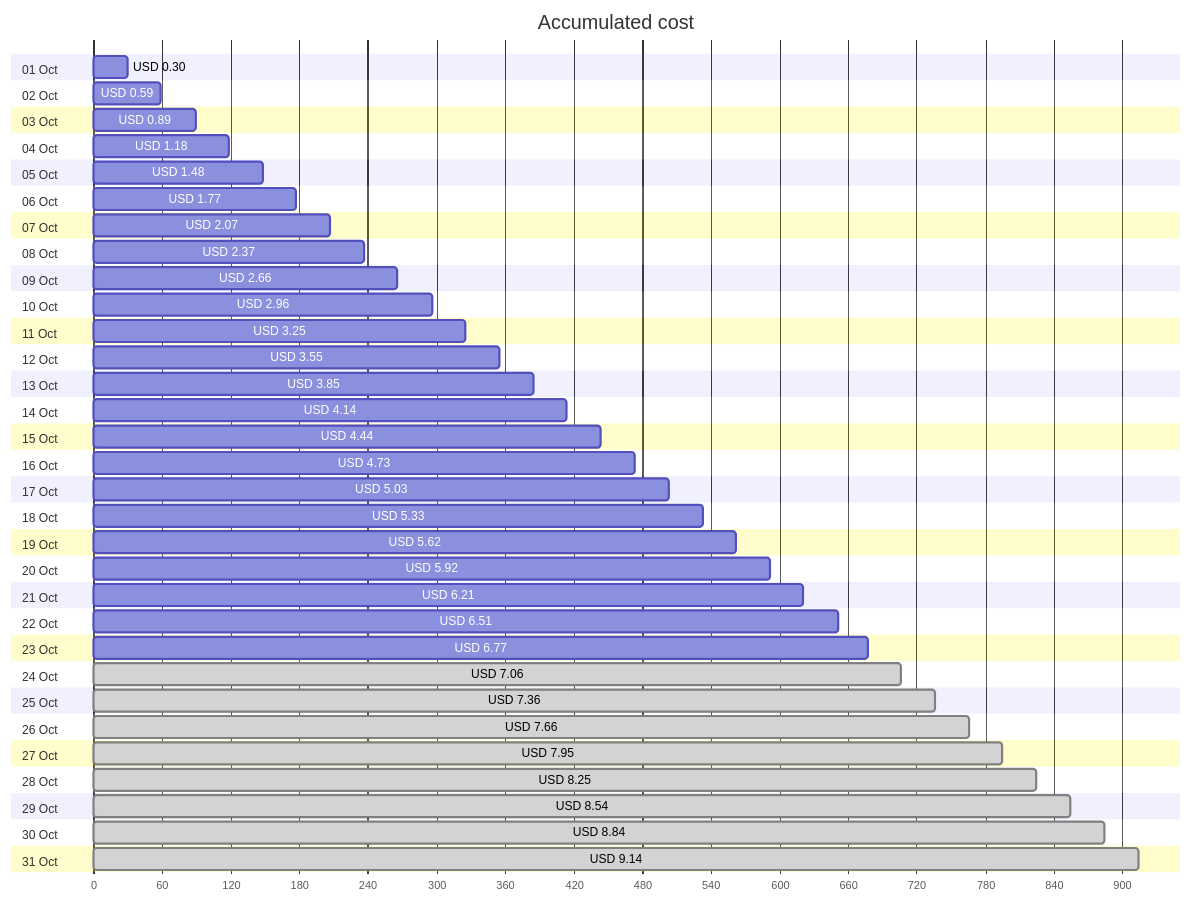
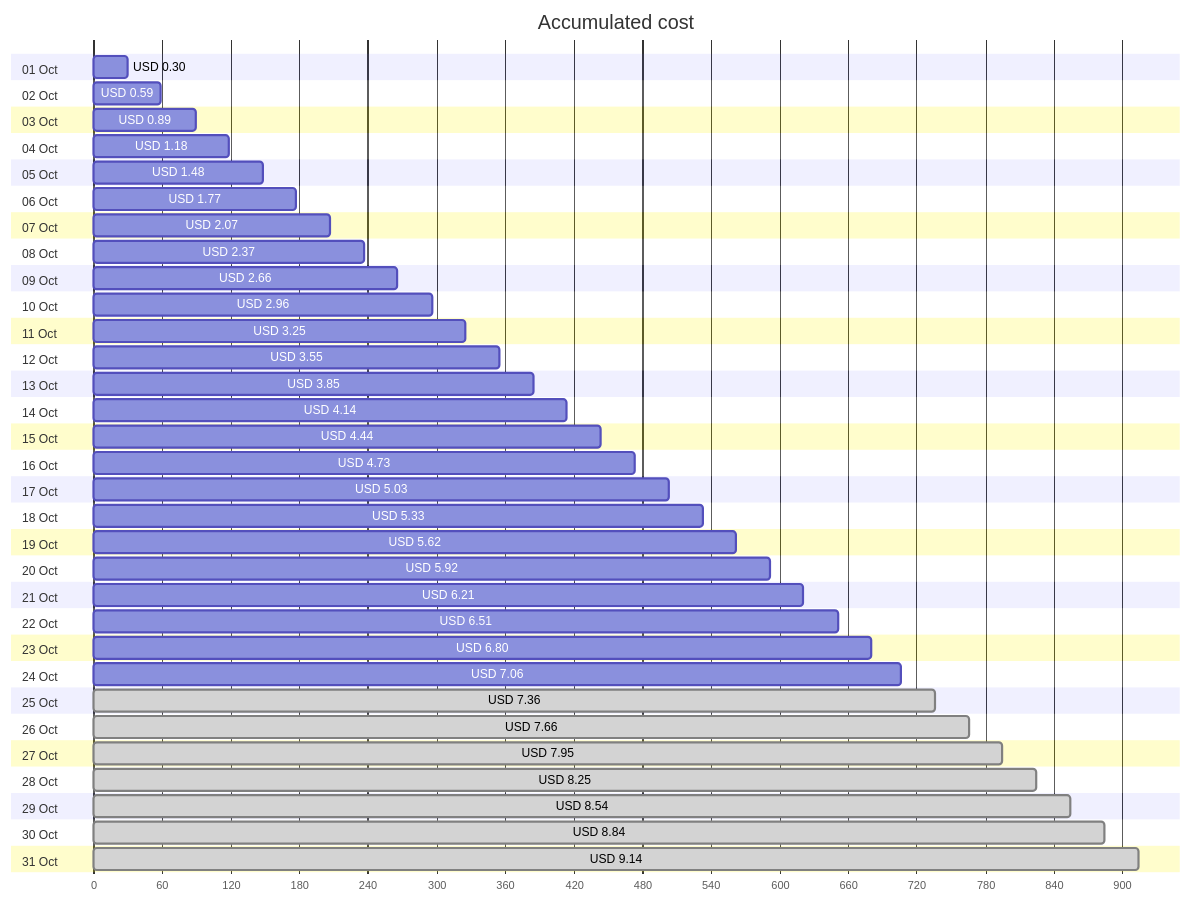
Before and after one commit to jpfulton/azure-personal-reports: the first of 4 diagrams in cost-reports/personal-site/personal-site-preview.md, drawn with Mermaid. The commit also changed other lines of this file and 7 other files, not shown here.

````diff
--- a/cost-reports/personal-site/personal-site-preview.md
+++ b/cost-reports/personal-site/personal-site-preview.md
@@ -20,68 +20,68 @@
 ```mermaid
 gantt
    title Accumulated cost
    dateFormat  X
    axisFormat %s
    section 01 Oct
    USD 0.30 :0, 30
    section 02 Oct
    USD 0.59 :0, 59
    section 03 Oct
    USD 0.89 :0, 89
    section 04 Oct
    USD 1.18 :0, 118
    section 05 Oct
    USD 1.48 :0, 148
    section 06 Oct
    USD 1.77 :0, 177
    section 07 Oct
    USD 2.07 :0, 207
    section 08 Oct
    USD 2.37 :0, 237
    section 09 Oct
    USD 2.66 :0, 266
    section 10 Oct
    USD 2.96 :0, 296
    section 11 Oct
    USD 3.25 :0, 325
    section 12 Oct
    USD 3.55 :0, 355
    section 13 Oct
    USD 3.85 :0, 385
    section 14 Oct
    USD 4.14 :0, 414
    section 15 Oct
    USD 4.44 :0, 444
    section 16 Oct
    USD 4.73 :0, 473
    section 17 Oct
    USD 5.03 :0, 503
    section 18 Oct
    USD 5.33 :0, 533
    section 19 Oct
    USD 5.62 :0, 562
    section 20 Oct
    USD 5.92 :0, 592
    section 21 Oct
    USD 6.21 :0, 621
    section 22 Oct
    USD 6.51 :0, 651
    section 23 Oct
-   USD 6.77 :0, 677
+   USD 6.80 :0, 680
    section 24 Oct
-   USD 7.06 : done, 0, 706
+   USD 7.06 :0, 706
    section 25 Oct
    USD 7.36 : done, 0, 736
    section 26 Oct
    USD 7.66 : done, 0, 766
    section 27 Oct
    USD 7.95 : done, 0, 795
    section 28 Oct
    USD 8.25 : done, 0, 825
    section 29 Oct
    USD 8.54 : done, 0, 854
    section 30 Oct
    USD 8.84 : done, 0, 884
    section 31 Oct
    USD 9.14 : done, 0, 914
 ```
````
